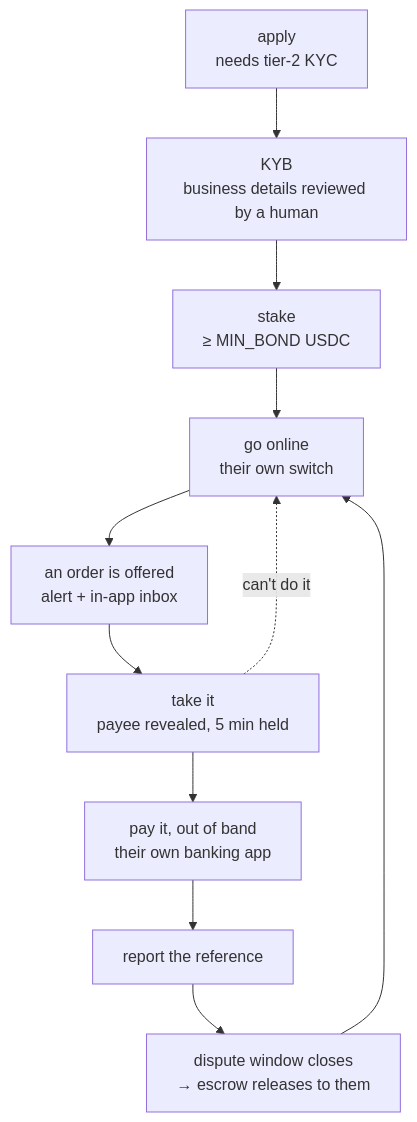
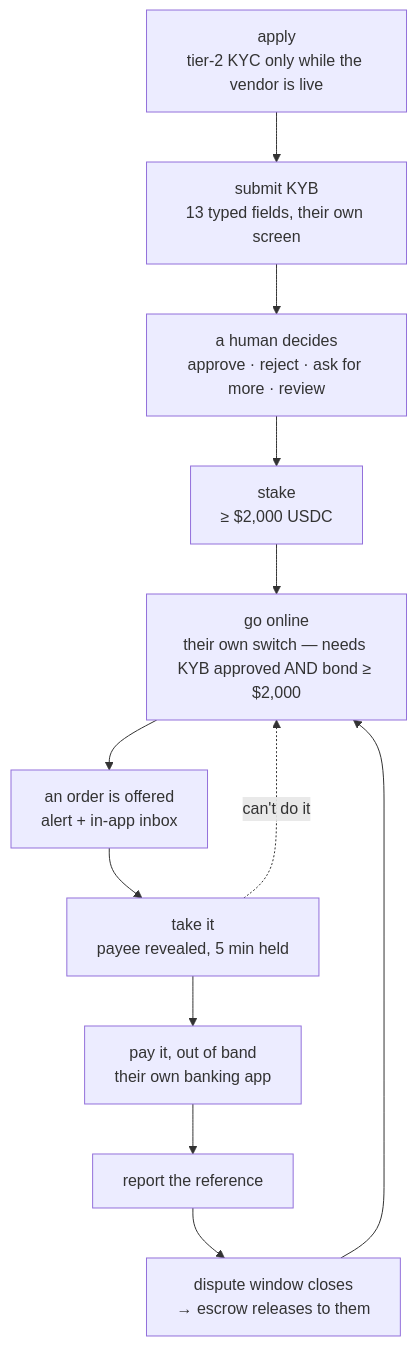
One commit to unabrijed/frenspay changed the diagram in monorepo/docs/11-lp-console.md. Above: the diagram before and after it, drawn with Mermaid. The commit also changed other lines of this file and 5 other files, not shown here.

````diff
--- a/monorepo/docs/11-lp-console.md
+++ b/monorepo/docs/11-lp-console.md
@@ -33,13 +40,14 @@
 ```mermaid
 flowchart TB
-    A["apply<br/>needs tier-2 KYC"] --> B["KYB<br/>business details reviewed by a human"]
-    B --> C["stake<br/>≥ MIN_BOND USDC"]
-    C --> D["go online<br/>their own switch"]
+    A["apply<br/>tier-2 KYC only while the vendor is live"] --> B["submit KYB<br/>13 typed fields, their own screen"]
+    B --> B2["a human decides<br/>approve · reject · ask for more · review"]
+    B2 --> C["stake<br/>≥ $2,000 USDC"]
+    C --> D["go online<br/>their own switch — needs KYB approved AND bond ≥ $2,000"]
     D --> E["an order is offered<br/>alert + in-app inbox"]
     E --> F["take it<br/>payee revealed, 5 min held"]
     F --> G["pay it, out of band<br/>their own banking app"]
     G --> H["report the reference"]
     H --> I["dispute window closes<br/>→ escrow releases to them"]
     I --> D
     F -. "can't do it" .-> D
 ```
````
